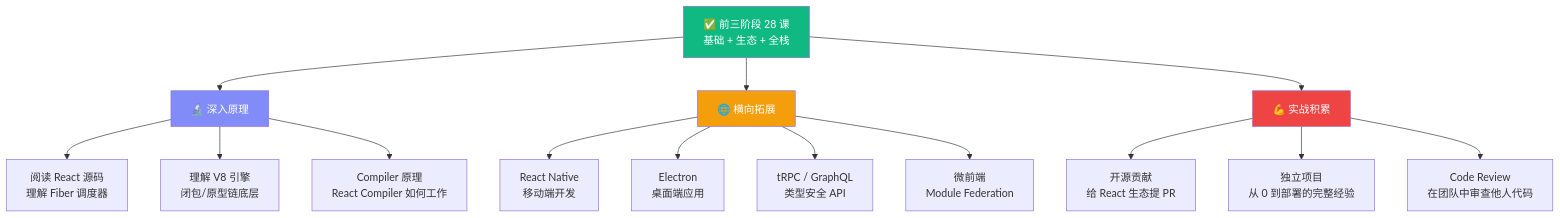
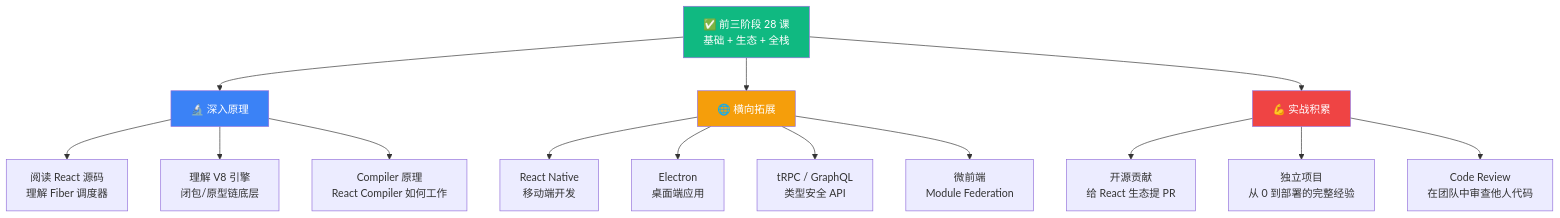
One commit to boltguo/react_learn changed the second of 2 diagrams in docs/Lesson_29.md. Above: the diagram before and after it, drawn with Mermaid. The commit also changed other lines of this file and 31 other files, not shown here.

Commit message:
docs: 统一Mermaid术语与配色层级

````diff
--- a/docs/Lesson_29.md
+++ b/docs/Lesson_29.md
@@ -547,26 +559,26 @@
 ```mermaid
 flowchart TB
     Course["✅ 前三阶段 28 课<br/>基础 + 生态 + 全栈"]
     
     Course --> Deep["🔬 深入原理"]
     Course --> Width["🌐 横向拓展"]
     Course --> Practice["💪 实战积累"]
     
     Deep --> D1["阅读 React 源码<br/>理解 Fiber 调度器"]
     Deep --> D2["理解 V8 引擎<br/>闭包/原型链底层"]
     Deep --> D3["Compiler 原理<br/>React Compiler 如何工作"]
     
     Width --> W1["React Native<br/>移动端开发"]
     Width --> W2["Electron<br/>桌面端应用"]
     Width --> W3["tRPC / GraphQL<br/>类型安全 API"]
     Width --> W4["微前端<br/>Module Federation"]
     
     Practice --> P1["开源贡献<br/>给 React 生态提 PR"]
     Practice --> P2["独立项目<br/>从 0 到部署的完整经验"]
     Practice --> P3["Code Review<br/>在团队中审查他人代码"]
     
     style Course fill:#10b981,color:#fff
-    style Deep fill:#818cf8,color:#fff
+    style Deep fill:#3b82f6,color:#fff
     style Width fill:#f59e0b,color:#fff
     style Practice fill:#ef4444,color:#fff
 ```
````
